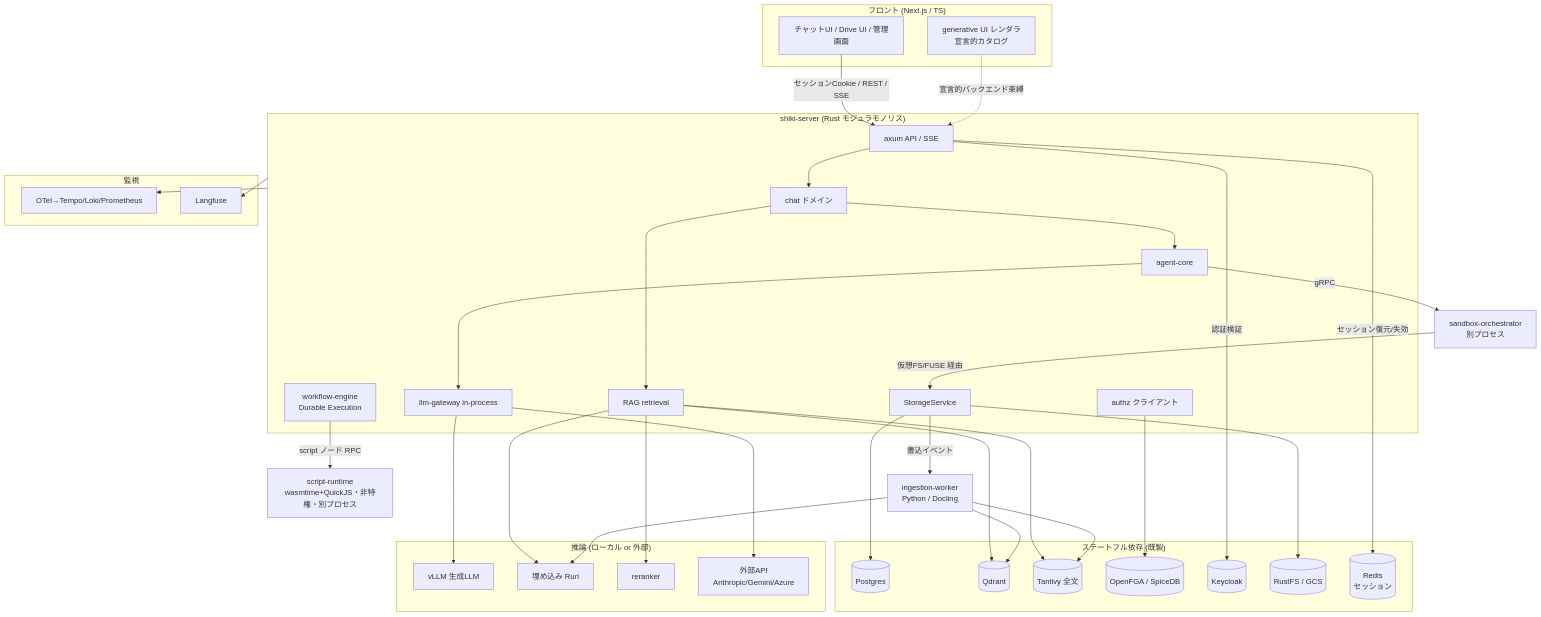
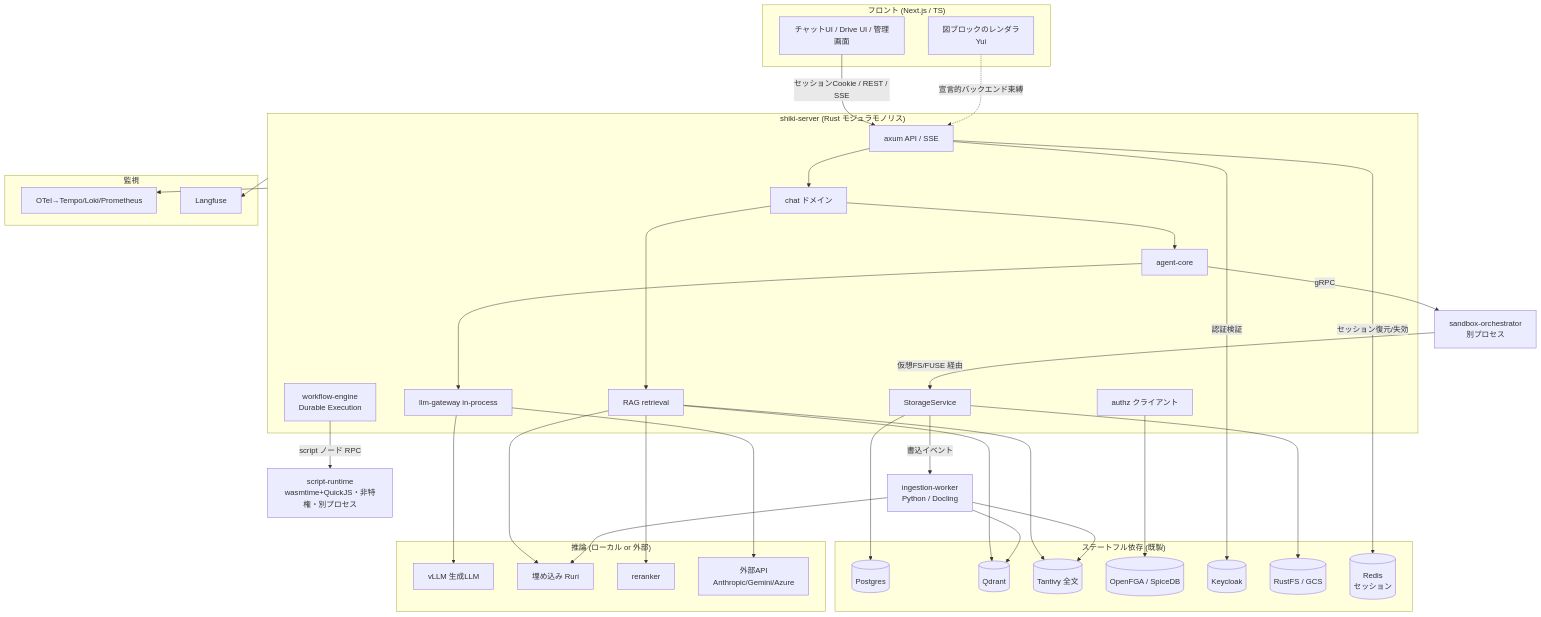
One commit to imanect-labs/shiki-platform changed the first of 10 diagrams in docs/design.md. Above: the diagram before and after it, drawn with Mermaid. The commit also changed other lines of this file and 11 other files, not shown here.

````diff
--- a/docs/design.md
+++ b/docs/design.md
@@ -19,61 +19,61 @@
 ```mermaid
 flowchart TB
   subgraph Client["フロント (Next.js / TS)"]
     UI[チャットUI / Drive UI / 管理画面]
-    GUI[generative UI レンダラ<br/>宣言的カタログ]
+    GUI[図ブロックのレンダラ<br/>Yui]
   end
 
   subgraph Server["shiki-server (Rust モジュラモノリス)"]
     API[axum API / SSE]
     CHAT[chat ドメイン]
     AGENT[agent-core]
     GW[llm-gateway in-process]
     STORE[StorageService]
     RAG[RAG retrieval]
     AUTHZc[authz クライアント]
     WF[workflow-engine<br/>Durable Execution]
   end
 
   ORCH[sandbox-orchestrator<br/>別プロセス]
   SCRT[script-runtime<br/>wasmtime+QuickJS・非特権・別プロセス]
   INGEST[ingestion-worker<br/>Python / Docling]
 
   subgraph Infra["ステートフル依存 (既製)"]
     PG[(Postgres)]
     QD[(Qdrant)]
     TV[(Tantivy 全文)]
     FGA[(OpenFGA / SpiceDB)]
     KC[(Keycloak)]
     OBJ[(RustFS / GCS)]
     RD[(Redis<br/>セッション)]
   end
 
   subgraph Infer["推論 (ローカル or 外部)"]
     VLLM[vLLM 生成LLM]
     EMB[埋め込み Ruri]
     RR[reranker]
     EXT[外部API<br/>Anthropic/Gemini/Azure]
   end
 
   subgraph Obs["監視"]
     OTEL[OTel→Tempo/Loki/Prometheus]
     LF[Langfuse]
   end
 
   UI -->|セッションCookie / REST / SSE| API
   GUI -. 宣言的バックエンド束縛 .-> API
   API --> CHAT --> AGENT --> GW
   GW --> VLLM & EXT
   RAG --> QD & TV & RR & EMB
   CHAT --> RAG
   AGENT -->|gRPC| ORCH
   WF -->|script ノード RPC| SCRT
   ORCH -->|仮想FS/FUSE 経由| STORE
   STORE --> OBJ & PG
   STORE -->|書込イベント| INGEST
   INGEST --> QD & TV & EMB
   AUTHZc --> FGA
   API -->|認証検証| KC
   API -->|セッション復元/失効| RD
   Server --> OTEL & LF
 ```
````
